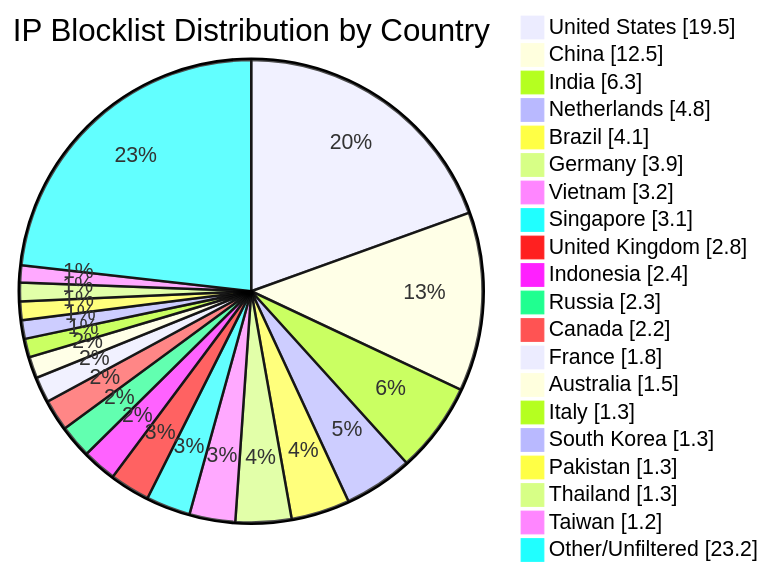
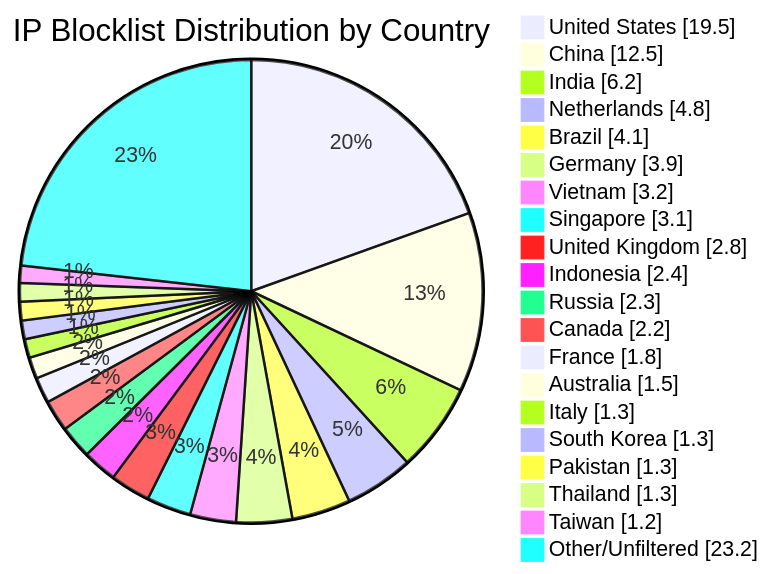
One commit to dewdmadbro/ip-blocklist-dewd changed the diagram in README.md. Above: the diagram before and after it, drawn with Mermaid. The commit also changed other lines of this file and 50 other files, not shown here.

````diff
--- a/README.md
+++ b/README.md
@@ -34,23 +34,23 @@
 ```mermaid
 pie showData title IP Blocklist Distribution by Country
 "United States" : 19.5
 "China" : 12.5
-"India" : 6.3
+"India" : 6.2
 "Netherlands" : 4.8
 "Brazil" : 4.1
 "Germany" : 3.9
 "Vietnam" : 3.2
 "Singapore" : 3.1
 "United Kingdom" : 2.8
 "Indonesia" : 2.4
 "Russia" : 2.3
 "Canada" : 2.2
 "France" : 1.8
 "Australia" : 1.5
 "Italy" : 1.3
 "South Korea" : 1.3
 "Pakistan" : 1.3
 "Thailand" : 1.3
 "Taiwan" : 1.2
 "Other/Unfiltered" : 23.2
 ```
````
